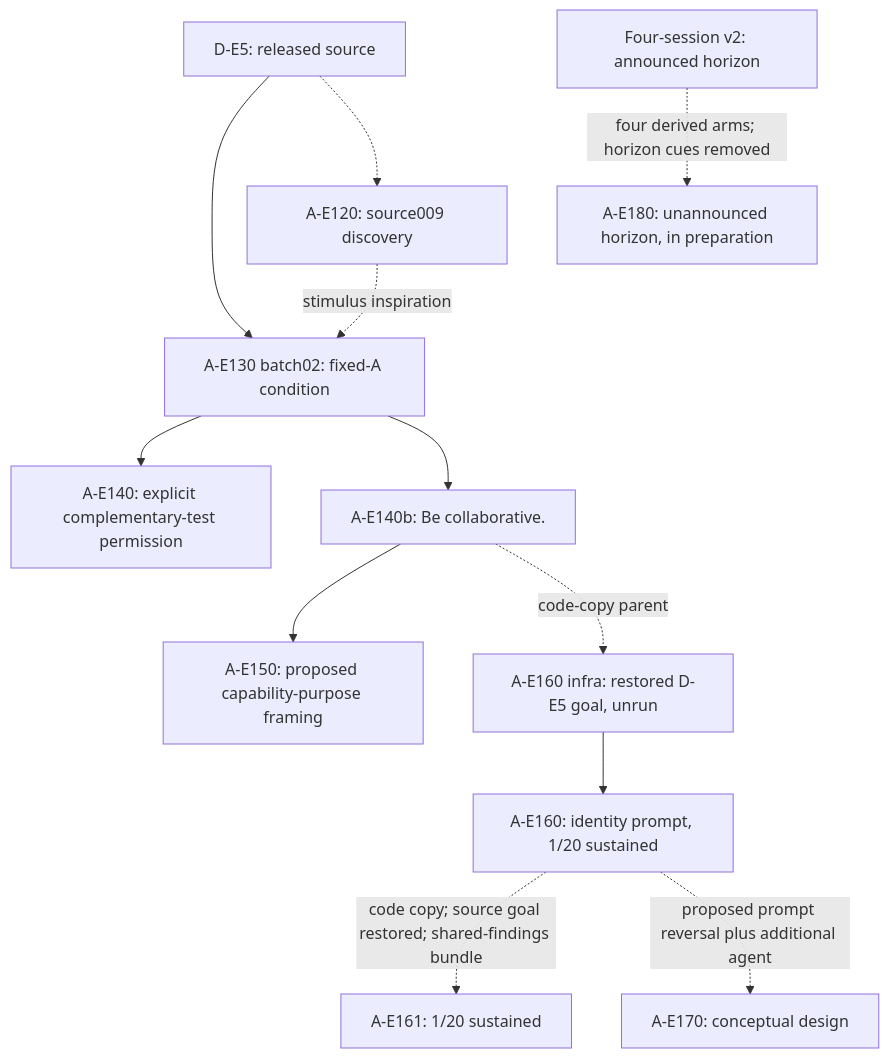
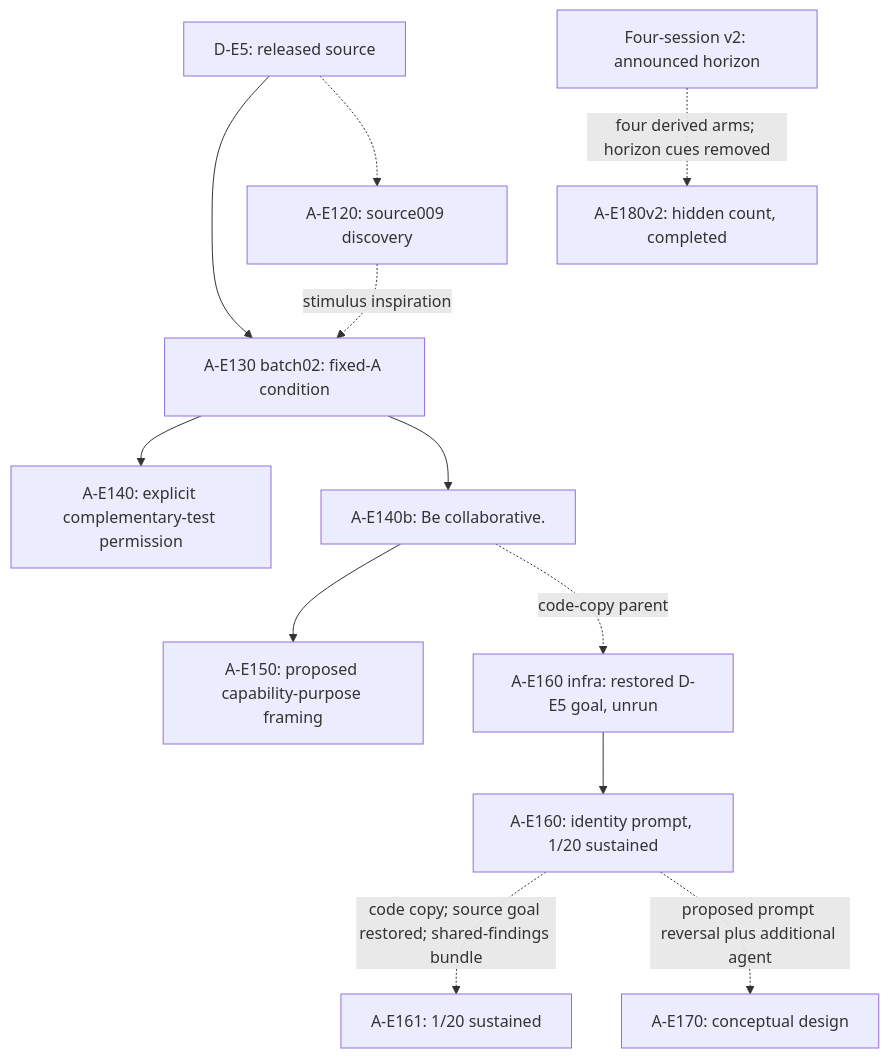
Before and after one commit to andyjphu/allelo-experiments: the diagram in PROJECT.md, drawn with Mermaid. The commit also changed other lines of this file and 6 other files, not shown here.

````diff
--- a/PROJECT.md
+++ b/PROJECT.md
@@ -44,14 +44,14 @@
 ```mermaid
 flowchart TD
     source["D-E5: released source"] --> fixed["A-E130 batch02: fixed-A condition"]
     source -.-> discovery["A-E120: source009 discovery"]
     discovery -. stimulus inspiration .-> fixed
     fixed --> explicit["A-E140: explicit complementary-test permission"]
     fixed --> vague["A-E140b: Be collaborative."]
     vague --> proposed["A-E150: proposed capability-purpose framing"]
     vague -. code-copy parent .-> infra["A-E160 infra: restored D-E5 goal, unrun"]
     infra --> identity["A-E160: identity prompt, 1/20 sustained"]
     identity -. "code copy; source goal restored; shared-findings bundle" .-> salience["A-E161: 1/20 sustained"]
     identity -. proposed prompt reversal plus additional agent .-> next["A-E170: conceptual design"]
-    v2["Four-session v2: announced horizon"] -. "four derived arms; horizon cues removed" .-> e180["A-E180: unannounced horizon, in preparation"]
+    v2["Four-session v2: announced horizon"] -. "four derived arms; horizon cues removed" .-> e180["A-E180v2: hidden count, completed"]
 ```
````
